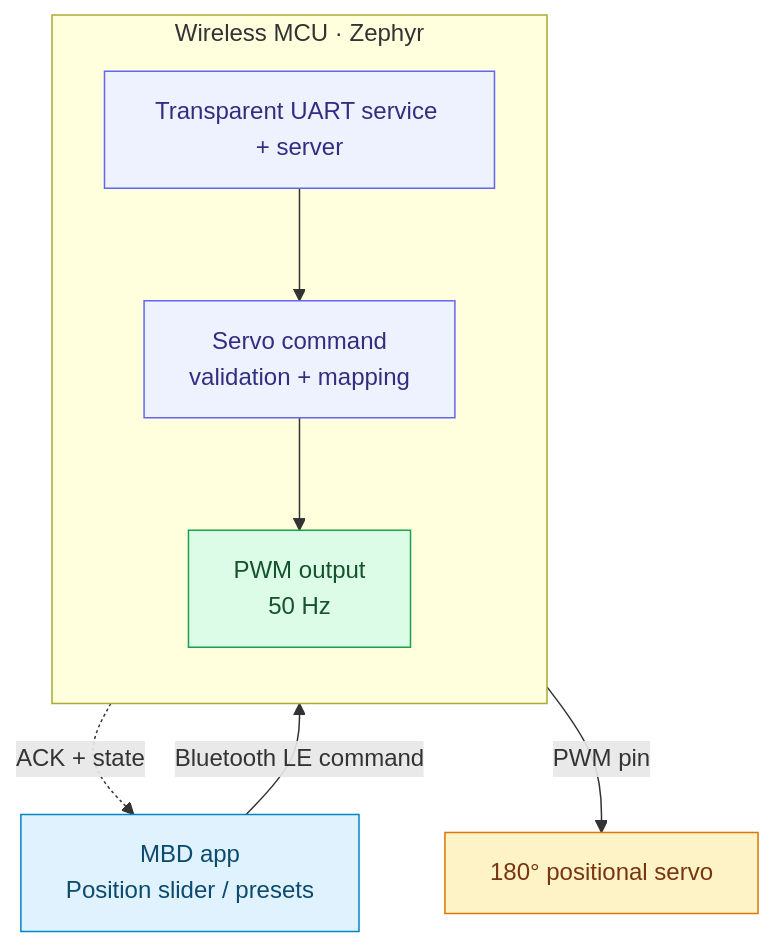
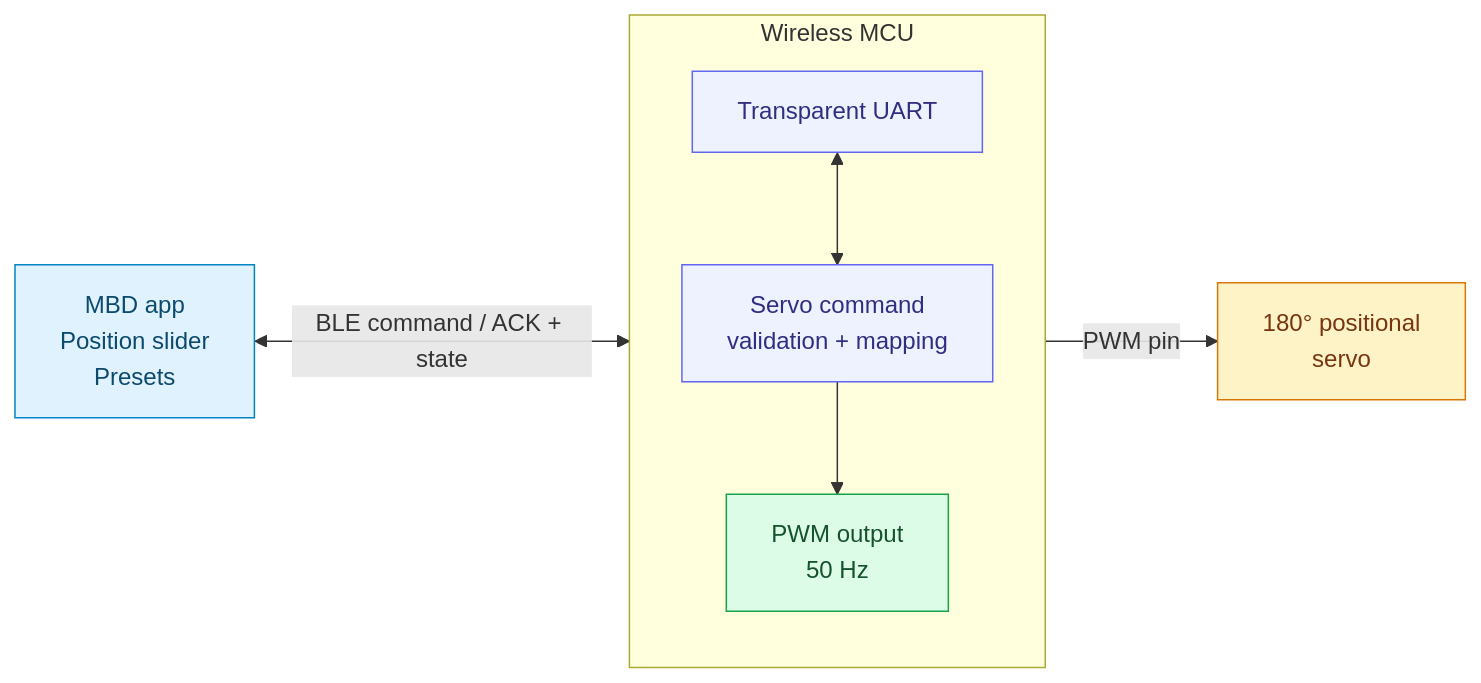
One commit to MicrochipTech/Bluetooth_LE_180_Servo_Motor_Control changed the second of 3 diagrams in README.md. Above: the diagram before and after it, drawn with Mermaid. The commit also changed other lines of this file, not shown here.

Commit message:
Align BLE sequence diagram with architecture

````diff
--- a/README.md
+++ b/README.md
@@ -281,17 +281,16 @@
 ```mermaid
-flowchart TB
-    A["MBD app<br/>Position slider / presets"]
-    subgraph BOARD["Wireless MCU · Zephyr"]
+flowchart LR
+    A["MBD app<br/>Position slider<br/>Presets"]
+    subgraph BOARD["Wireless MCU"]
         direction TB
-        B["Transparent UART service + server"] --> C["Servo command<br/>validation + mapping"]
+        B["Transparent UART"] <--> C["Servo command<br/>validation + mapping"]
         C --> D["PWM output<br/>50 Hz"]
     end
-    A -->|"Bluetooth LE command"| B
-    C -.->|"ACK + state"| A
-    D -->|"PWM pin"| E["180° positional servo"]
+    A <-->|"BLE command / ACK + state"| B
+    D -->|"PWM pin"| E["180° positional<br/>servo"]
     style A fill:#e0f2fe,stroke:#0284c7,color:#0c4a6e
     style B fill:#eef2ff,stroke:#6366f1,color:#312e81
     style C fill:#eef2ff,stroke:#6366f1,color:#312e81
     style D fill:#dcfce7,stroke:#16a34a,color:#14532d
     style E fill:#fef3c7,stroke:#d97706,color:#78350f
 ```
````
